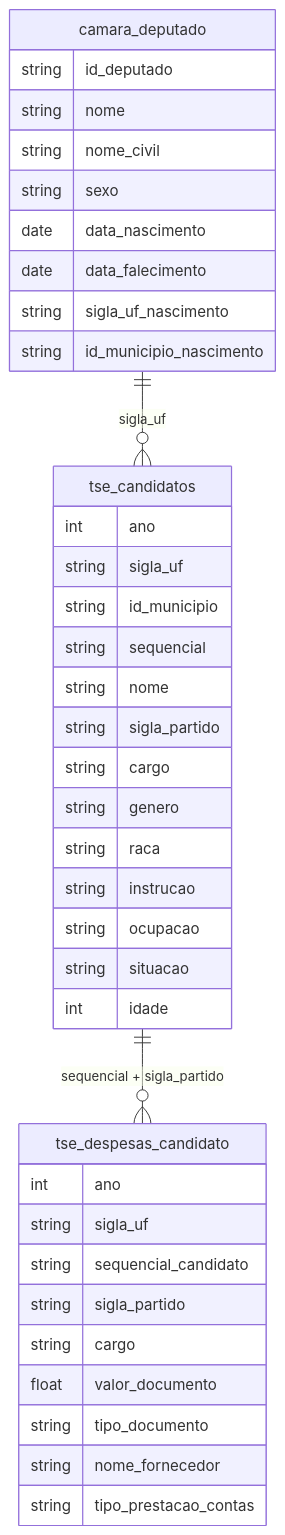
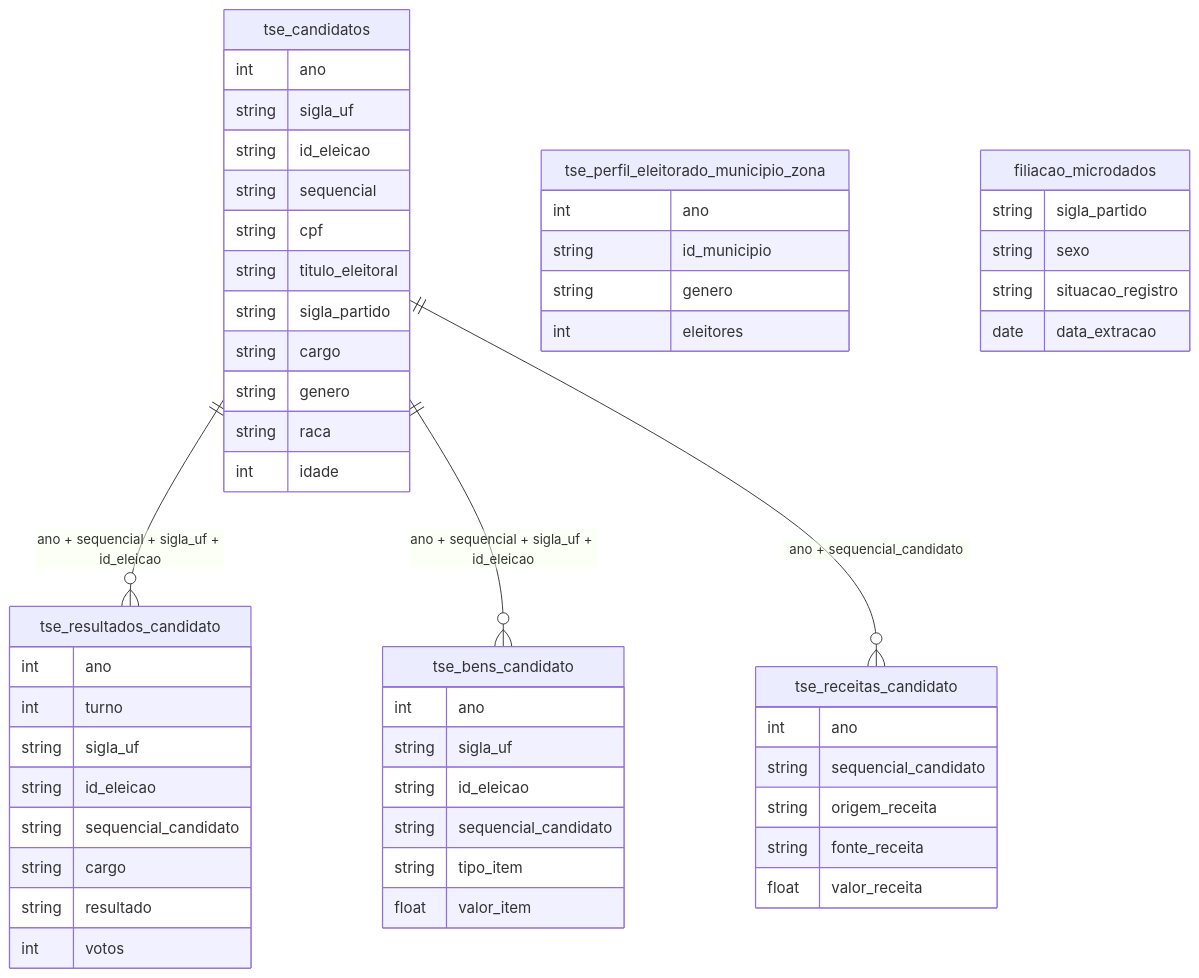
One commit to rafapolo/rodado changed the diagram in docs/mapa/overview/15_poder_elites.md. Above: the diagram before and after it, drawn with Mermaid. The commit also changed other lines of this file and 135 other files, not shown here.

````diff
--- a/docs/mapa/overview/15_poder_elites.md
+++ b/docs/mapa/overview/15_poder_elites.md
@@ -2,41 +2,56 @@
 ```mermaid
 erDiagram
-    camara_deputado {
-        string id_deputado
-        string nome
-        string nome_civil
-        string sexo
-        date data_nascimento
-        date data_falecimento
-        string sigla_uf_nascimento
-        string id_municipio_nascimento
-    }
     tse_candidatos {
         int ano
         string sigla_uf
-        string id_municipio
+        string id_eleicao
         string sequencial
-        string nome
+        string cpf
+        string titulo_eleitoral
         string sigla_partido
         string cargo
         string genero
         string raca
-        string instrucao
-        string ocupacao
-        string situacao
         int idade
     }
-    tse_despesas_candidato {
+    tse_resultados_candidato {
+        int ano
+        int turno
+        string sigla_uf
+        string id_eleicao
+        string sequencial_candidato
+        string cargo
+        string resultado
+        int votos
+    }
+    tse_bens_candidato {
         int ano
         string sigla_uf
+        string id_eleicao
         string sequencial_candidato
+        string tipo_item
+        float valor_item
+    }
+    tse_receitas_candidato {
+        int ano
+        string sequencial_candidato
+        string origem_receita
+        string fonte_receita
+        float valor_receita
+    }
+    tse_perfil_eleitorado_municipio_zona {
+        int ano
+        string id_municipio
+        string genero
+        int eleitores
+    }
+    filiacao_microdados {
         string sigla_partido
-        string cargo
-        float valor_documento
-        string tipo_documento
-        string nome_fornecedor
-        string tipo_prestacao_contas
+        string sexo
+        string situacao_registro
+        date data_extracao
     }
-    camara_deputado ||--o{ tse_candidatos : "sigla_uf"
-    tse_candidatos ||--o{ tse_despesas_candidato : "sequencial + sigla_partido"
+    tse_candidatos ||--o{ tse_resultados_candidato : "ano + sequencial + sigla_uf + id_eleicao"
+    tse_candidatos ||--o{ tse_bens_candidato : "ano + sequencial + sigla_uf + id_eleicao"
+    tse_candidatos ||--o{ tse_receitas_candidato : "ano + sequencial_candidato"
 ```
````
